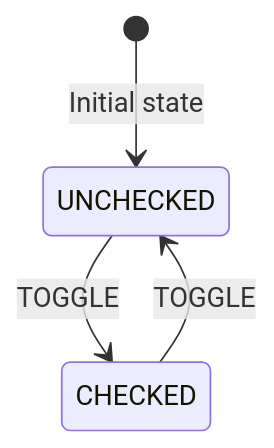
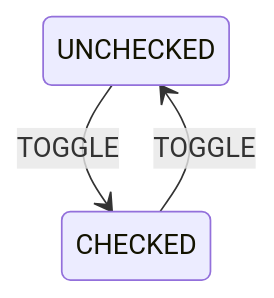
One commit to tfcp68/yantrix changed the diagram in examples/03-checkbox/src/diagrams/checkbox.mermaid. Above: the diagram before and after it, drawn with Mermaid. The commit also changed 3 other files, not shown here.

```diff
--- a/examples/03-checkbox/src/diagrams/checkbox.mermaid
+++ b/examples/03-checkbox/src/diagrams/checkbox.mermaid
@@ -1,4 +1,3 @@
 stateDiagram-v2
-    [*] --> UNCHECKED: Initial state
     UNCHECKED --> CHECKED: TOGGLE
-    CHECKED --> UNCHECKED: TOGGLE
+	CHECKED --> UNCHECKED: TOGGLE
```
